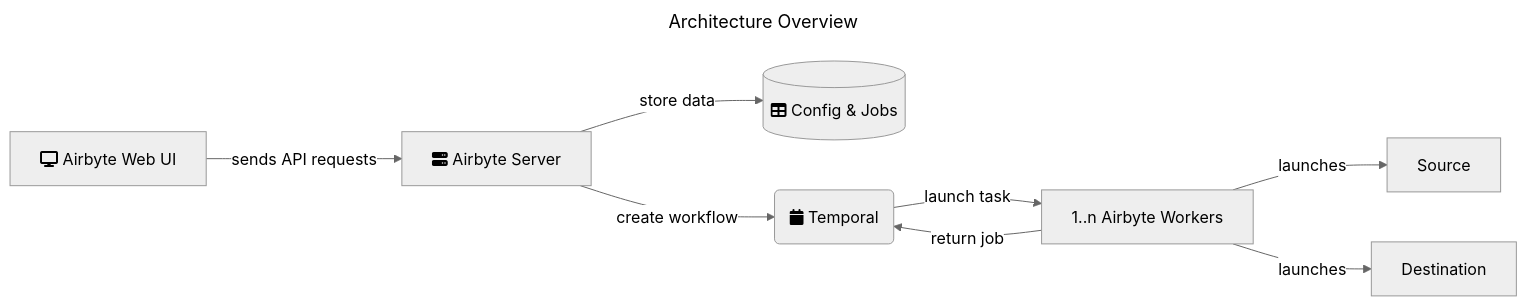
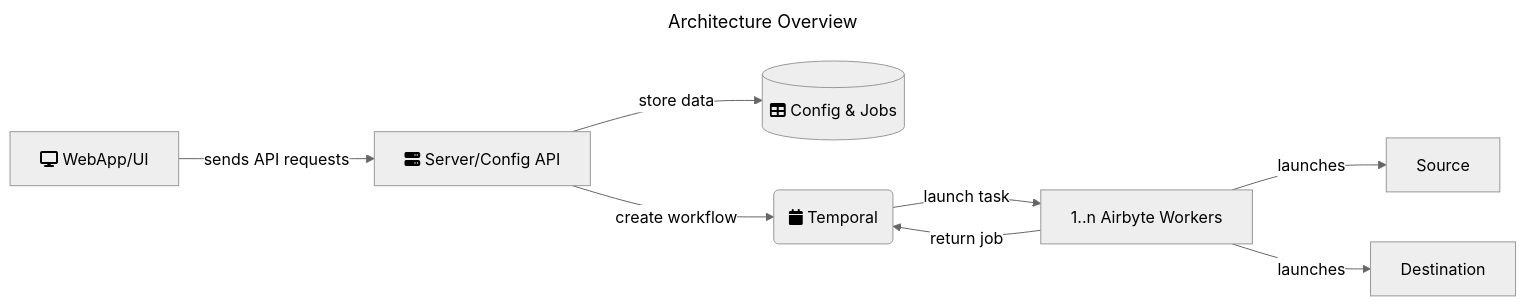
One commit to airbytehq/airbyte changed the diagram in docs/understanding-airbyte/high-level-view.md. Above: the diagram before and after it, drawn with Mermaid. The commit also changed other lines of this file, not shown here.

````diff
--- a/docs/understanding-airbyte/high-level-view.md
+++ b/docs/understanding-airbyte/high-level-view.md
@@ -14,20 +14,20 @@
 ```mermaid
 ---
 title: Architecture Overview
 config:
   theme: neutral
 ---
 flowchart LR
-    W[fa:fa-display Airbyte Web UI]
-    S[fa:fa-server Airbyte Server]
+    W[fa:fa-display WebApp/UI]
+    S[fa:fa-server Server/Config API]
     D[(fa:fa-table Config & Jobs)]
     T(fa:fa-calendar Temporal)
     W2[1..n Airbyte Workers]
     W -->|sends API requests| S
     S -->|store data| D
     S -->|create workflow| T
     T -->|launch task| W2
     W2 -->|return job| T
     W2 -->|launches| Source
     W2 -->|launches| Destination
 ```
````
